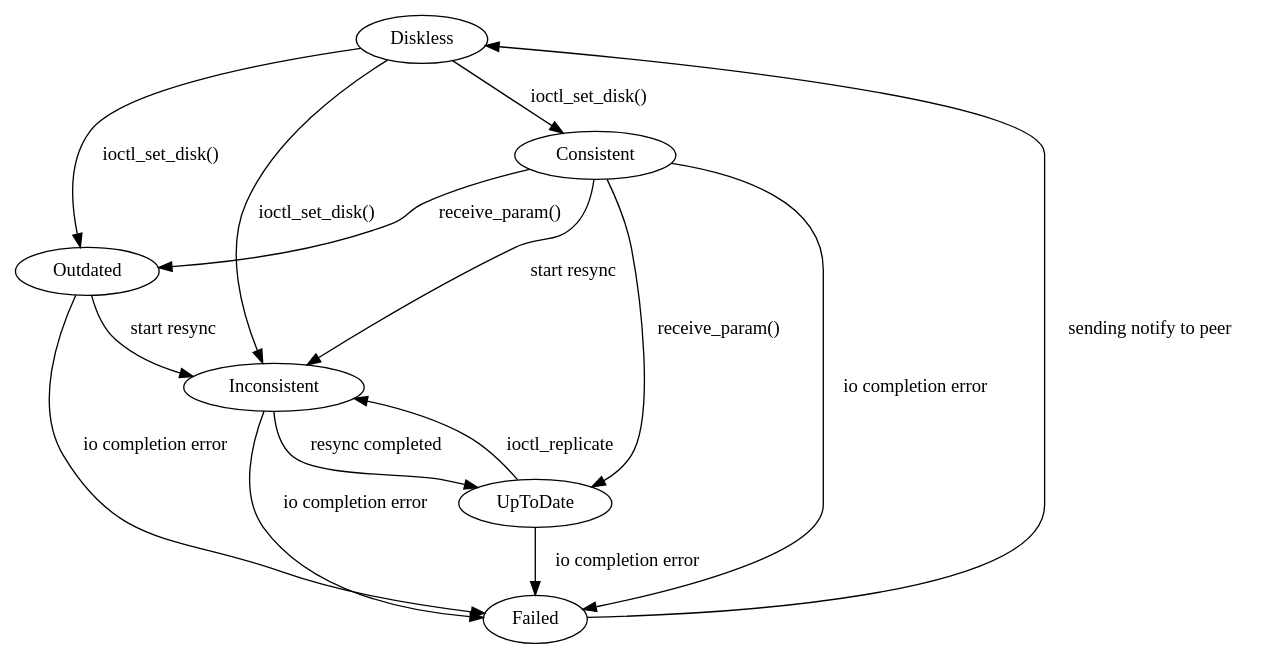
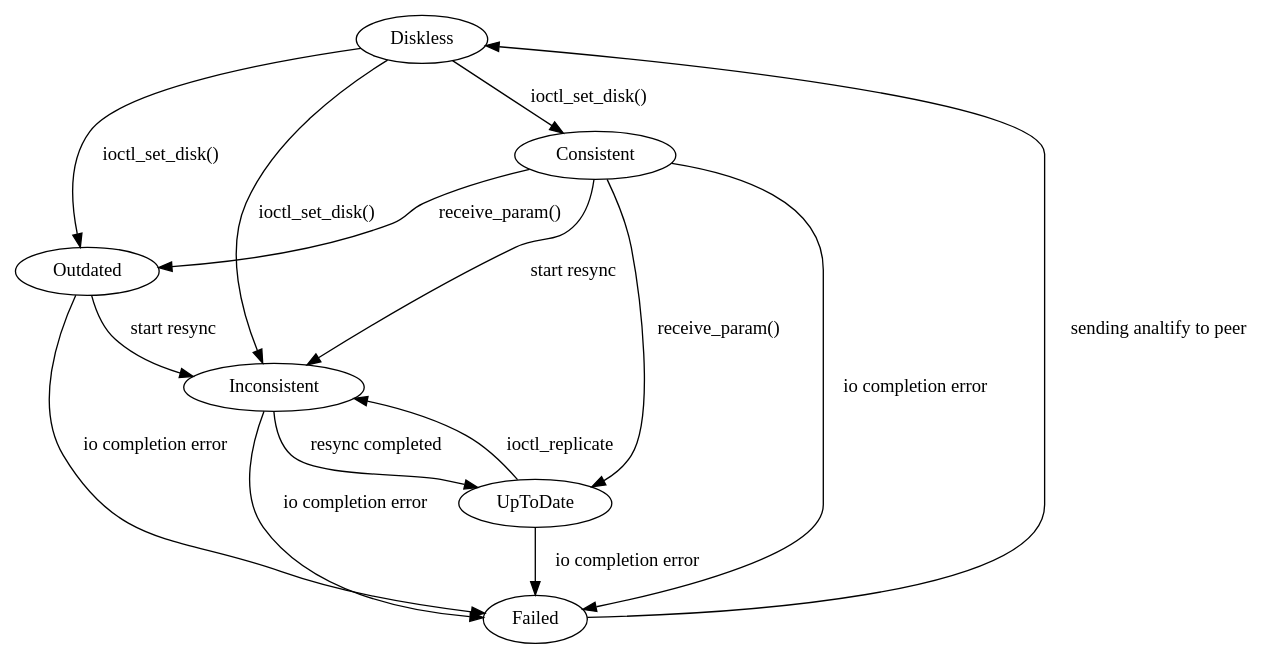
Before and after one commit to torvalds/linux: the diagram in Documentation/admin-guide/blockdev/drbd/disk-states-8.dot, drawn with Graphviz. The commit also changed 61594 other files, not shown here.

```diff
--- a/Documentation/admin-guide/blockdev/drbd/disk-states-8.dot
+++ b/Documentation/admin-guide/blockdev/drbd/disk-states-8.dot
@@ -1,16 +1,16 @@
 digraph disk_states {
 	Diskless -> Inconsistent       [ label = "ioctl_set_disk()" ]
 	Diskless -> Consistent         [ label = "ioctl_set_disk()" ]
 	Diskless -> Outdated           [ label = "ioctl_set_disk()" ]
 	Consistent -> Outdated         [ label = "receive_param()" ]
 	Consistent -> UpToDate         [ label = "receive_param()" ]
 	Consistent -> Inconsistent     [ label = "start resync" ]
 	Outdated   -> Inconsistent     [ label = "start resync" ]
 	UpToDate   -> Inconsistent     [ label = "ioctl_replicate" ]
 	Inconsistent -> UpToDate       [ label = "resync completed" ]
 	Consistent -> Failed           [ label = "io completion error" ]
 	Outdated   -> Failed           [ label = "io completion error" ]
 	UpToDate   -> Failed           [ label = "io completion error" ]
 	Inconsistent -> Failed         [ label = "io completion error" ]
-	Failed -> Diskless             [ label = "sending notify to peer" ]
+	Failed -> Diskless             [ label = "sending analtify to peer" ]
 }
```
